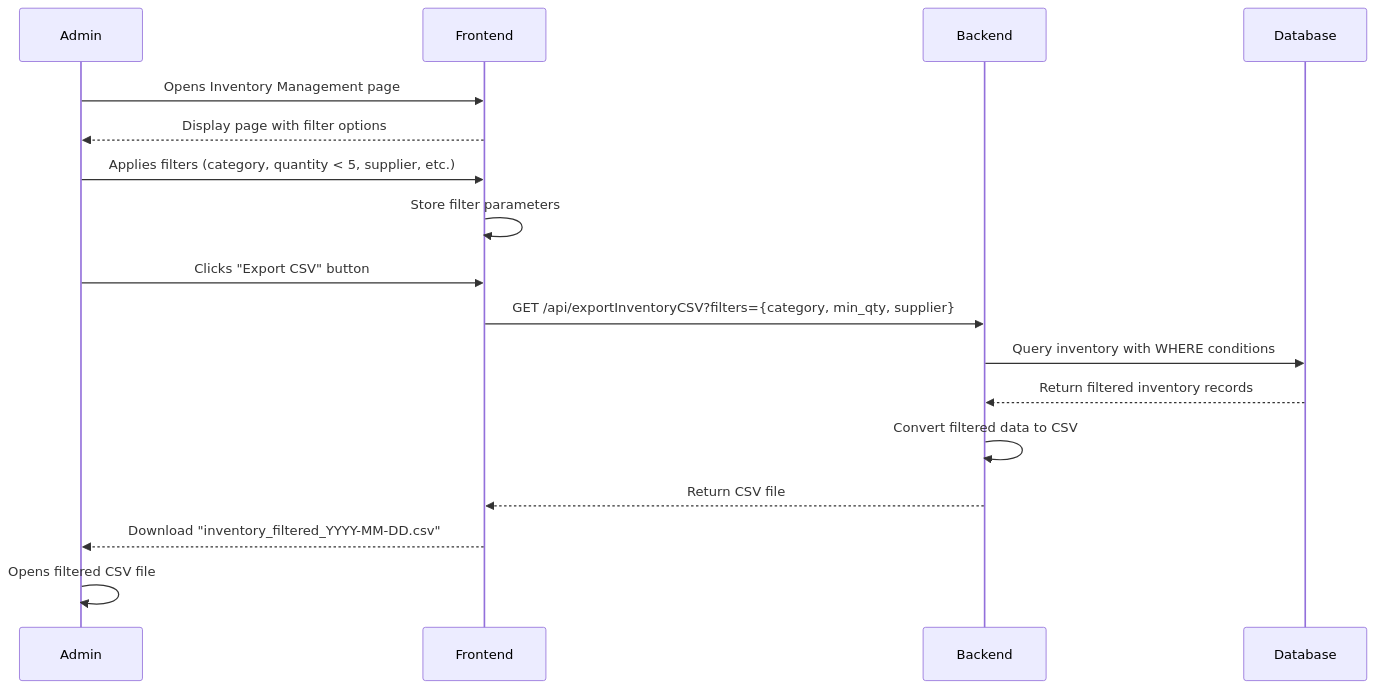
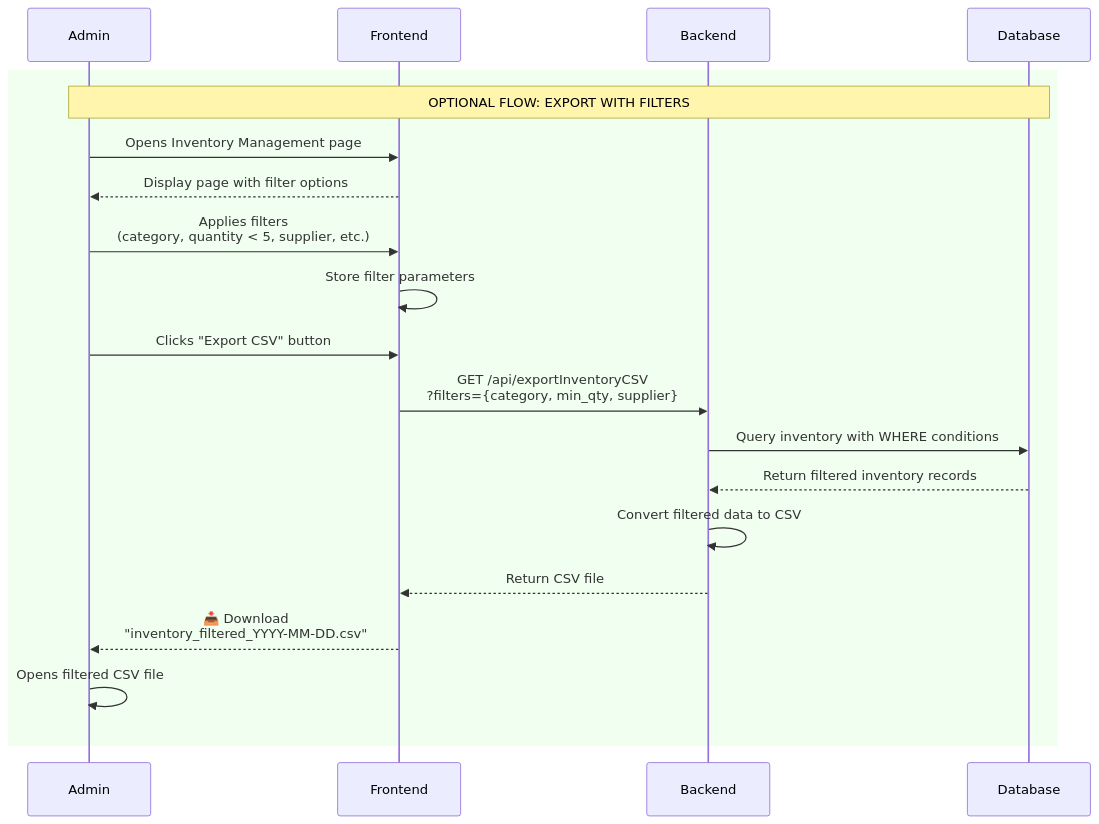
The ninth of 9 diagrams in UML_Sequence_Diagram_Inventory_CSV.md (phuongloannn/bicycle-web-FE), drawn with Mermaid before and after one commit. The commit also changed other lines of this file, not shown here.

````diff
--- a/UML_Sequence_Diagram_Inventory_CSV.md
+++ b/UML_Sequence_Diagram_Inventory_CSV.md
@@ -286,26 +322,30 @@
 ```mermaid
 sequenceDiagram
-    participant Admin
-    participant Frontend
-    participant Backend
-    participant Database
+    participant Admin as Admin
+    participant Frontend as Frontend
+    participant Backend as Backend
+    participant Database as Database
 
-    Admin->>Frontend: Opens Inventory Management page
-    Frontend-->>Admin: Display page with filter options
-    
-    Admin->>Frontend: Applies filters (category, quantity < 5, supplier, etc.)
-    Frontend->>Frontend: Store filter parameters
-    
-    Admin->>Frontend: Clicks "Export CSV" button
-    Frontend->>Backend: GET /api/exportInventoryCSV?filters={category, min_qty, supplier}
-    
-    Backend->>Database: Query inventory with WHERE conditions
-    Database-->>Backend: Return filtered inventory records
-    
-    Backend->>Backend: Convert filtered data to CSV
-    Backend-->>Frontend: Return CSV file
-    
-    Frontend-->>Admin: Download "inventory_filtered_YYYY-MM-DD.csv"
-    
-    Admin->>Admin: Opens filtered CSV file
+    rect rgb(240, 255, 240)
+        Note over Admin,Database: OPTIONAL FLOW: EXPORT WITH FILTERS
+        
+        Admin->>Frontend: Opens Inventory Management page
+        Frontend-->>Admin: Display page with filter options
+        
+        Admin->>Frontend: Applies filters<br/>(category, quantity < 5, supplier, etc.)
+        Frontend->>Frontend: Store filter parameters
+        
+        Admin->>Frontend: Clicks "Export CSV" button
+        Frontend->>Backend: GET /api/exportInventoryCSV<br/>?filters={category, min_qty, supplier}
+        
+        Backend->>Database: Query inventory with WHERE conditions
+        Database-->>Backend: Return filtered inventory records
+        
+        Backend->>Backend: Convert filtered data to CSV
+        Backend-->>Frontend: Return CSV file
+        
+        Frontend-->>Admin: 📥 Download<br/>"inventory_filtered_YYYY-MM-DD.csv"
+        
+        Admin->>Admin: Opens filtered CSV file
+    end
 ```
````
